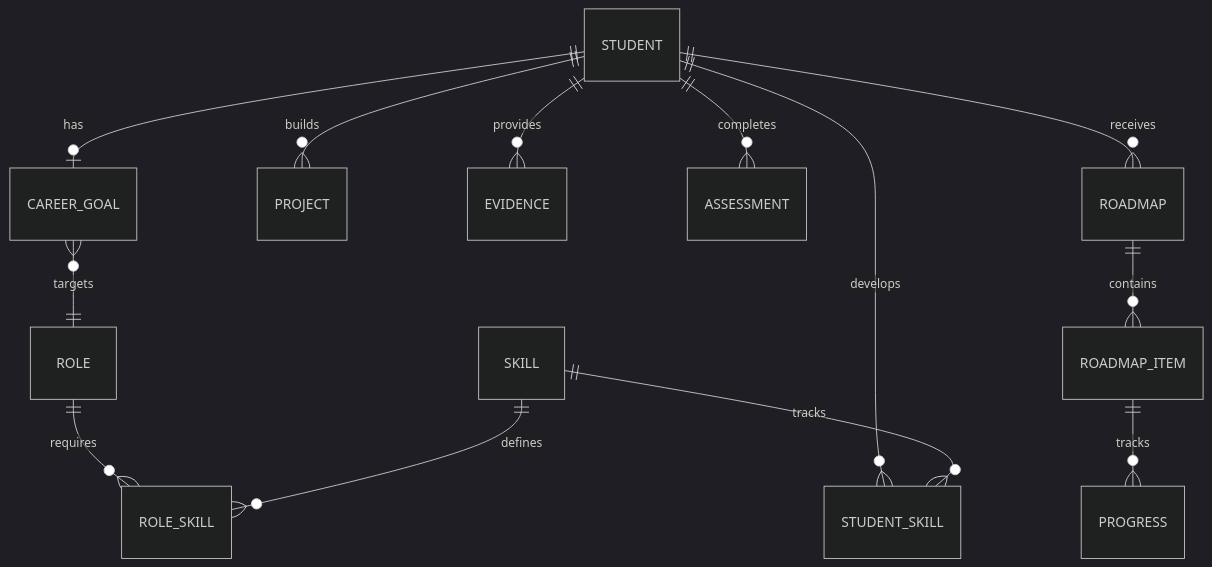
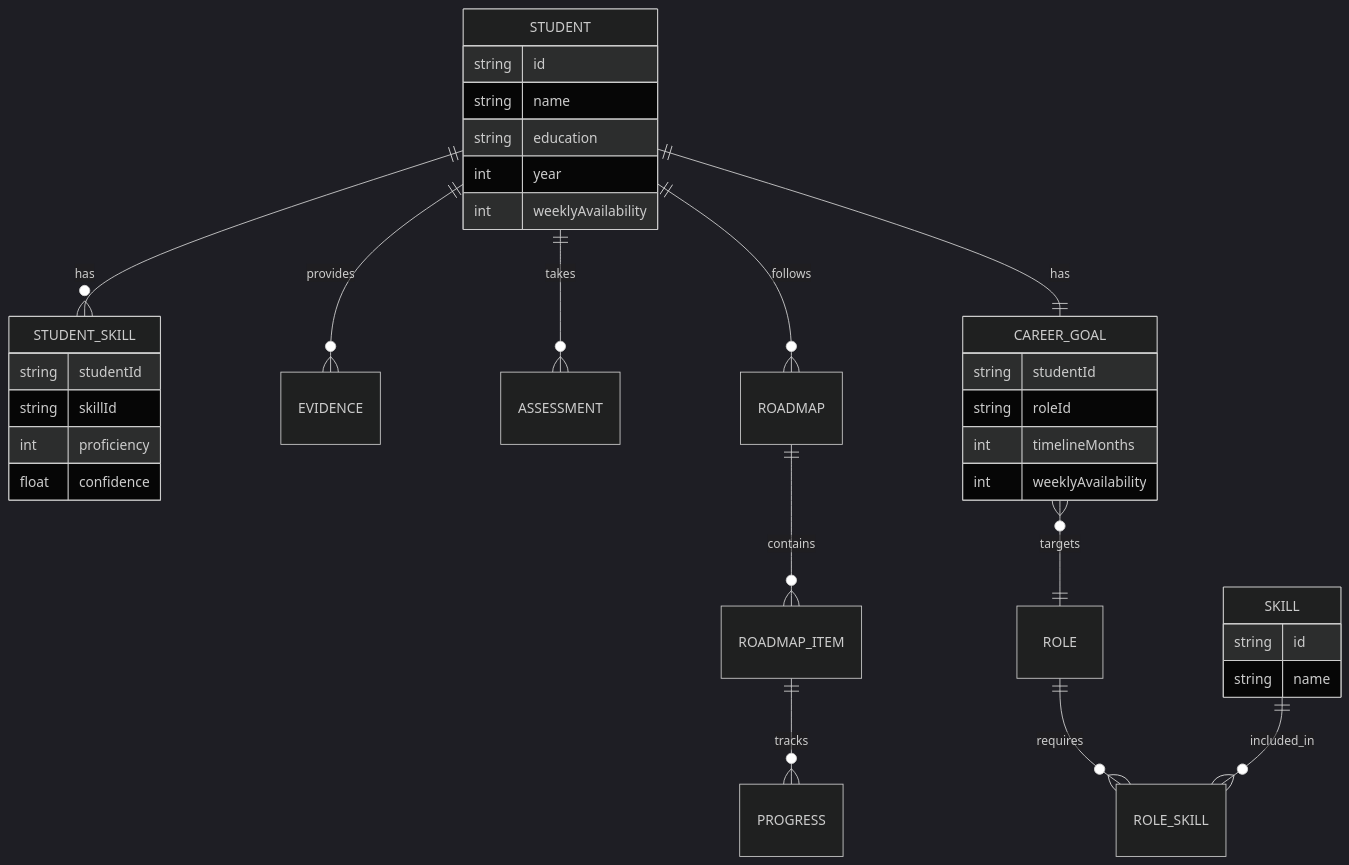
Before and after one commit to itsdivyanshuno/gaply-bnb-2026: the seventh of 7 diagrams in README.md, drawn with Mermaid (dark theme). The commit also changed other lines of this file, not shown here.

````diff
--- a/README.md
+++ b/README.md
@@ -374,19 +479,42 @@
 ```mermaid
 erDiagram
-    STUDENT ||--o| CAREER_GOAL : has
-    STUDENT ||--o{ STUDENT_SKILL : develops
-    SKILL ||--o{ STUDENT_SKILL : tracks
+    STUDENT ||--o{ STUDENT_SKILL : has
+    STUDENT ||--o{ EVIDENCE : provides
+    STUDENT ||--o{ ASSESSMENT : takes
+    STUDENT ||--o{ ROADMAP : follows
+    STUDENT ||--|| CAREER_GOAL : has
 
     CAREER_GOAL }o--|| ROLE : targets
     ROLE ||--o{ ROLE_SKILL : requires
-    SKILL ||--o{ ROLE_SKILL : defines
+    SKILL ||--o{ ROLE_SKILL : included_in
 
-    STUDENT ||--o{ PROJECT : builds
-    STUDENT ||--o{ EVIDENCE : provides
-    STUDENT ||--o{ ASSESSMENT : completes
+    ROADMAP ||--o{ ROADMAP_ITEM : contains
+    ROADMAP_ITEM ||--o{ PROGRESS : tracks
 
-    STUDENT ||--o{ ROADMAP : receives
-    ROADMAP ||--o{ ROADMAP_ITEM : contains
+    STUDENT {
+        string id
+        string name
+        string education
+        int year
+        int weeklyAvailability
+    }
 
-    ROADMAP_ITEM ||--o{ PROGRESS : tracks
+    SKILL {
+        string id
+        string name
+    }
+
+    STUDENT_SKILL {
+        string studentId
+        string skillId
+        int proficiency
+        float confidence
+    }
+
+    CAREER_GOAL {
+        string studentId
+        string roleId
+        int timelineMonths
+        int weeklyAvailability
+    }
 ```
````
